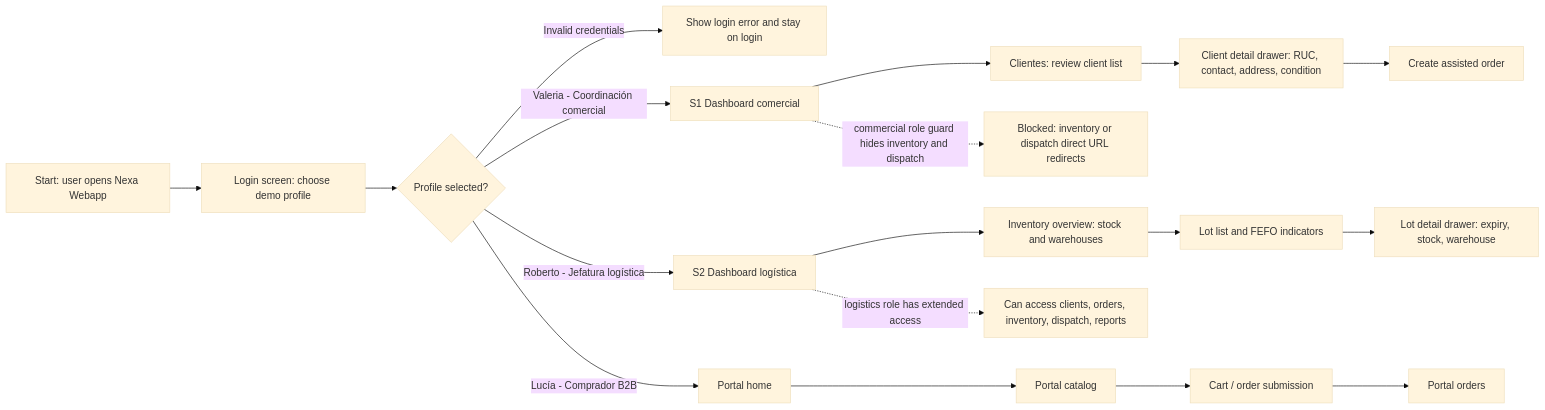
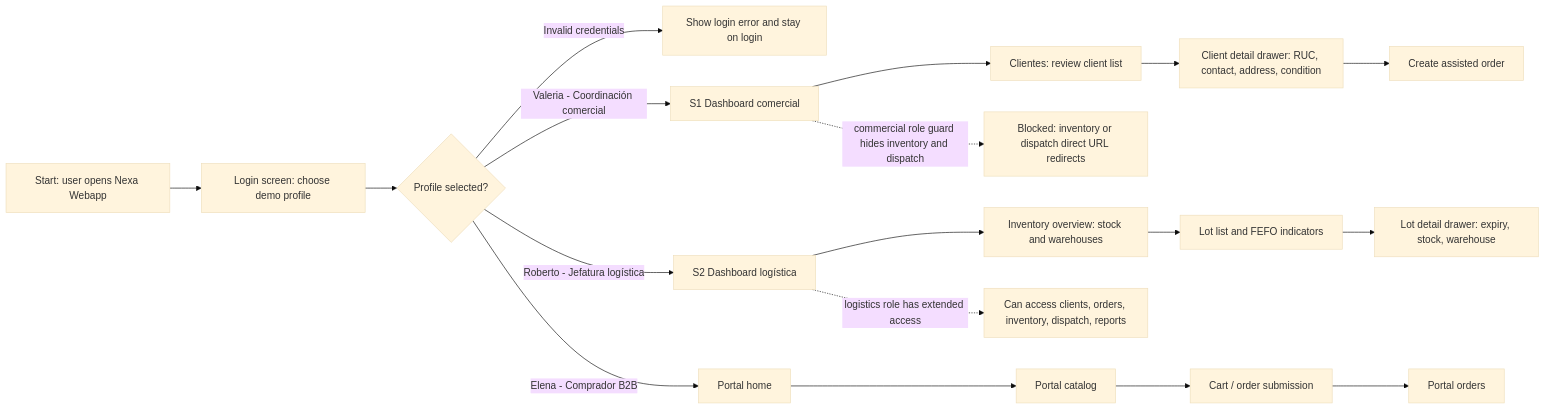
Before and after one commit to upc-pre-202610-1asi0730-12242-king/nexa-report: the first of 4 diagrams in report/40-chapter-4-product-design/4-4-web-applications-ux-ui-design.md, drawn with Mermaid (base theme). The commit also changed other lines of this file, not shown here.

Commit message:
docs(report): update B2B buyer persona from Lucía to Elena

````diff
--- a/report/40-chapter-4-product-design/4-4-web-applications-ux-ui-design.md
+++ b/report/40-chapter-4-product-design/4-4-web-applications-ux-ui-design.md
@@ -94,20 +94,20 @@
 ```mermaid
 flowchart LR
     A["Start: user opens Nexa Webapp"] --> B["Login screen: choose demo profile"]
     B --> C{"Profile selected?"}
     C -- "Invalid credentials" --> X["Show login error and stay on login"]
     C -- "Valeria - Coordinación comercial" --> S1D["S1 Dashboard comercial"]
     S1D --> S1Clients["Clientes: review client list"]
     S1Clients --> S1Detail["Client detail drawer: RUC, contact, address, condition"]
     S1Detail --> S1Order["Create assisted order"]
     S1D -. "commercial role guard hides inventory and dispatch" .-> S1Blocked["Blocked: inventory or dispatch direct URL redirects"]
     C -- "Roberto - Jefatura logística" --> S2D["S2 Dashboard logística"]
     S2D --> S2Inventory["Inventory overview: stock and warehouses"]
     S2Inventory --> S2Lots["Lot list and FEFO indicators"]
     S2Lots --> S2Detail["Lot detail drawer: expiry, stock, warehouse"]
     S2D -. "logistics role has extended access" .-> S2Access["Can access clients, orders, inventory, dispatch, reports"]
-    C -- "Lucía - Comprador B2B" --> S3Home["Portal home"]
+    C -- "Elena - Comprador B2B" --> S3Home["Portal home"]
     S3Home --> S3Catalog["Portal catalog"]
     S3Catalog --> S3Cart["Cart / order submission"]
     S3Cart --> S3Orders["Portal orders"]
 ```
````
